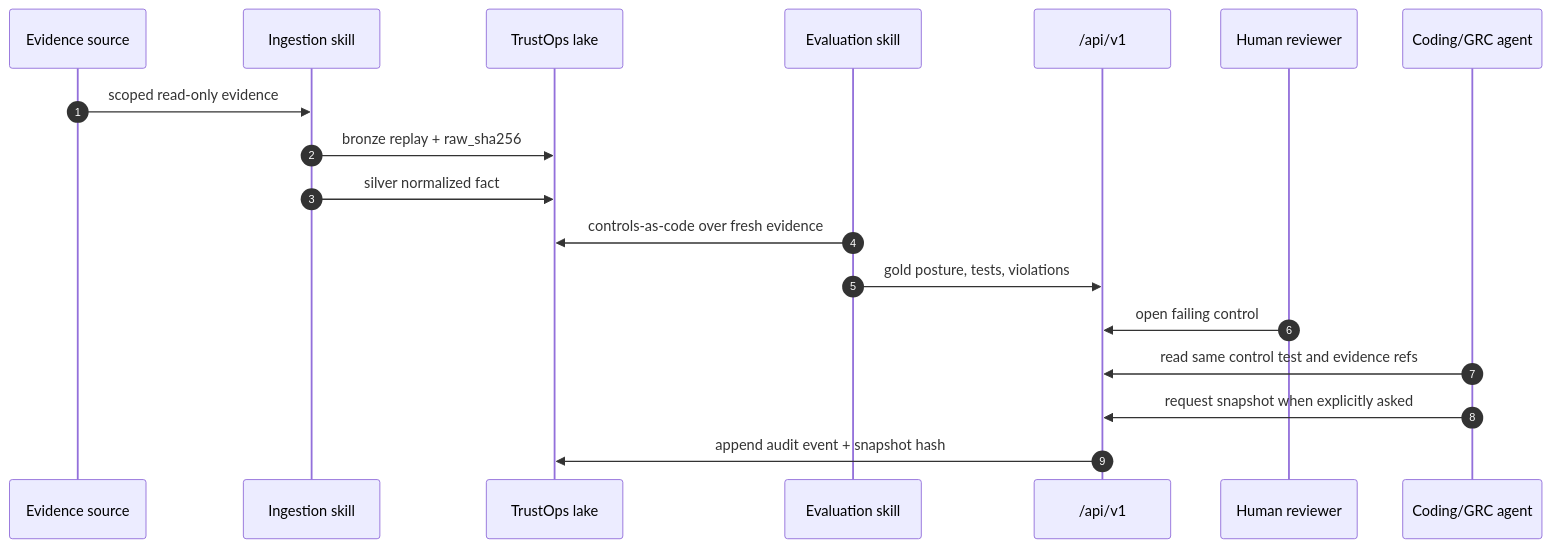
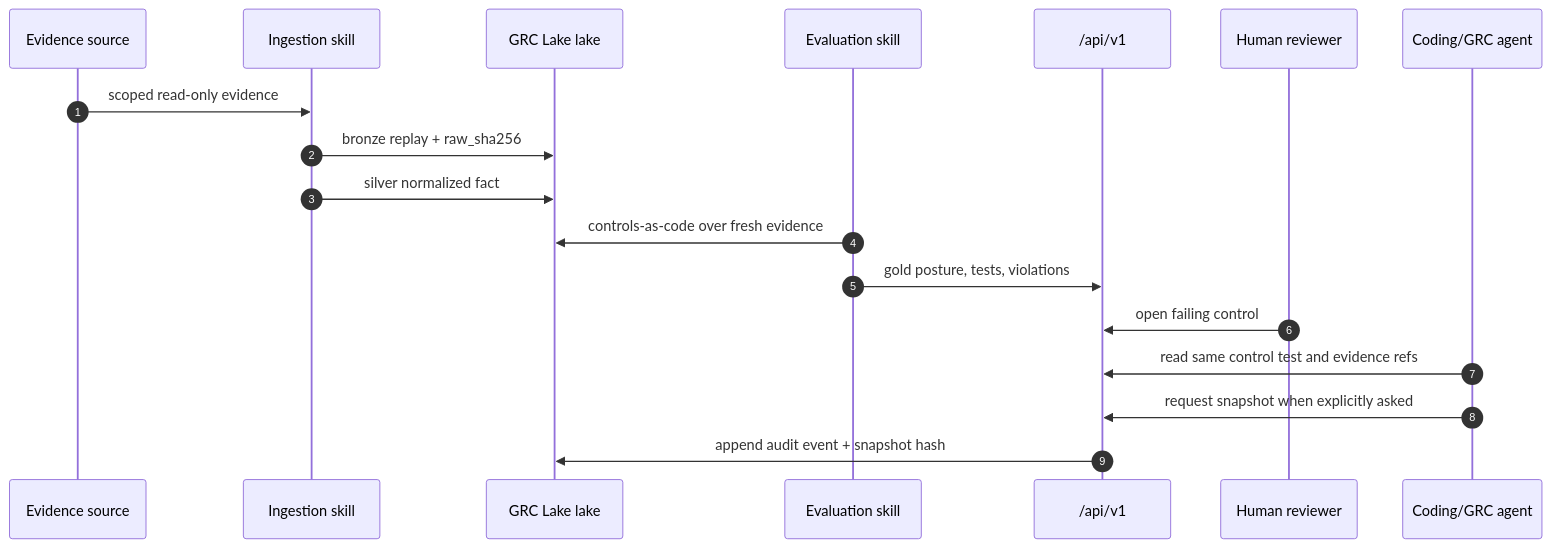
One commit to msaad00/grc-lake changed the diagram in docs/api/AGENT_API.md. Above: the diagram before and after it, drawn with Mermaid. The commit also changed other lines of this file and 478 other files, not shown here.

Commit message:
feat: rebrand TrustOps as GRC Lake with upgrade aliases

````diff
--- a/docs/api/AGENT_API.md
+++ b/docs/api/AGENT_API.md
@@ -79,21 +79,21 @@
 ```mermaid
 sequenceDiagram
   autonumber
   participant Source as Evidence source
   participant Ingest as Ingestion skill
-  participant Lake as TrustOps lake
+  participant Lake as GRC Lake lake
   participant Eval as Evaluation skill
   participant API as /api/v1
   participant Human as Human reviewer
   participant Agent as Coding/GRC agent
 
   Source->>Ingest: scoped read-only evidence
   Ingest->>Lake: bronze replay + raw_sha256
   Ingest->>Lake: silver normalized fact
   Eval->>Lake: controls-as-code over fresh evidence
   Eval->>API: gold posture, tests, violations
   Human->>API: open failing control
   Agent->>API: read same control test and evidence refs
   Agent->>API: request snapshot when explicitly asked
   API->>Lake: append audit event + snapshot hash
 ```
````
